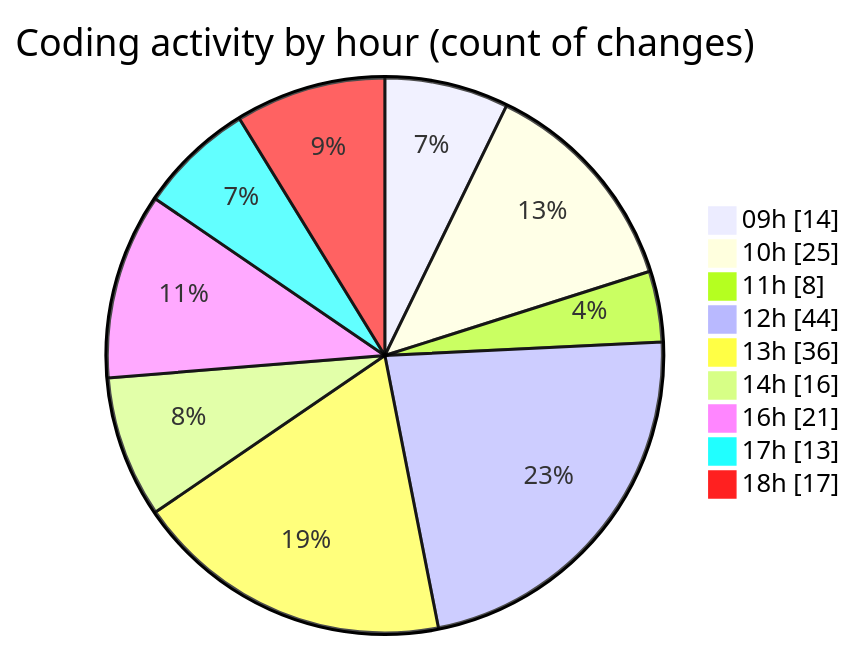
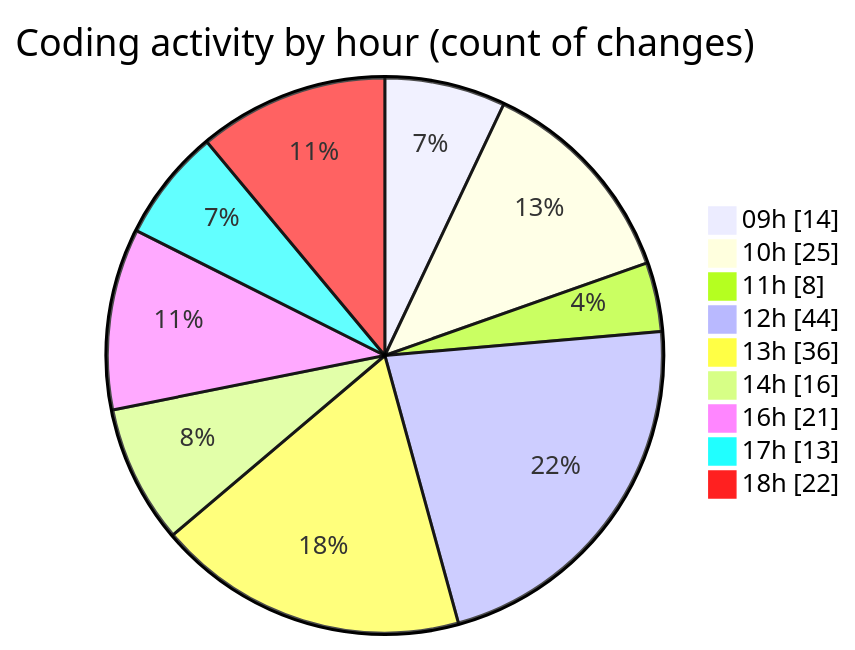
One commit to momahboobian/code-tracking changed the second of 2 diagrams in 2025-06-03/cda/README.md. Above: the diagram before and after it, drawn with Mermaid. The commit also changed other lines of this file and 1 other file, not shown here.

````diff
--- a/2025-06-03/cda/README.md
+++ b/2025-06-03/cda/README.md
@@ -36,13 +36,13 @@
 ```mermaid
 pie showData
 title Coding activity by hour (count of changes)
 "09h" : 14
 "10h" : 25
 "11h" : 8
 "12h" : 44
 "13h" : 36
 "14h" : 16
 "16h" : 21
 "17h" : 13
-"18h" : 17
+"18h" : 22
 ```
````
